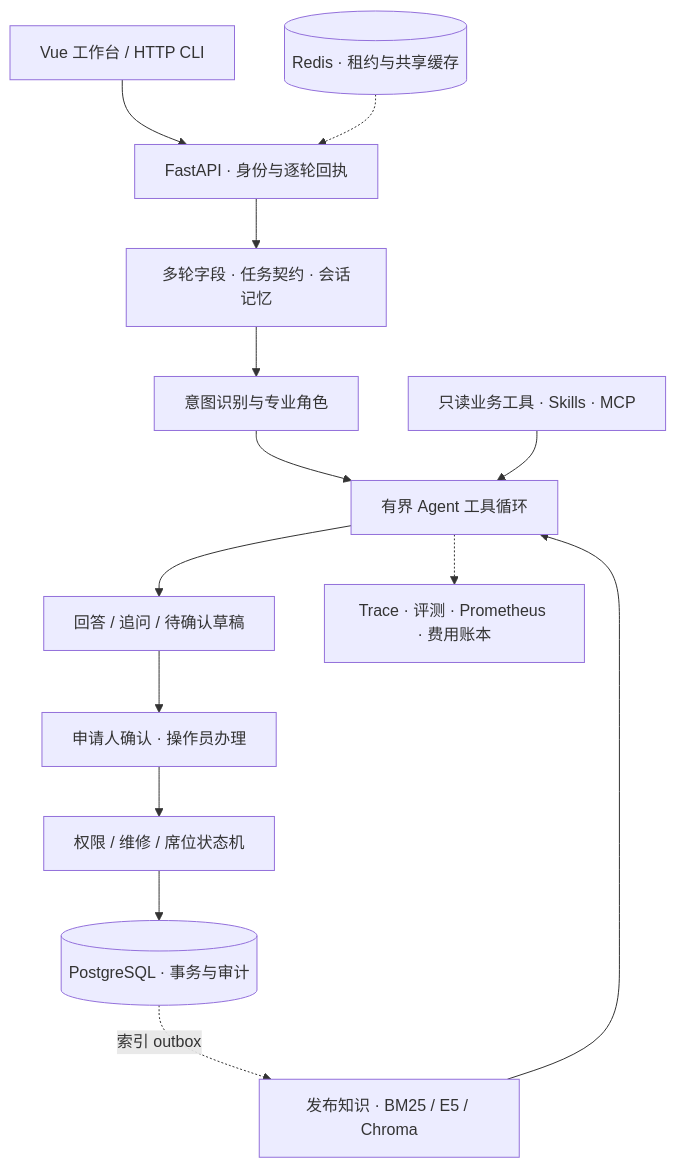
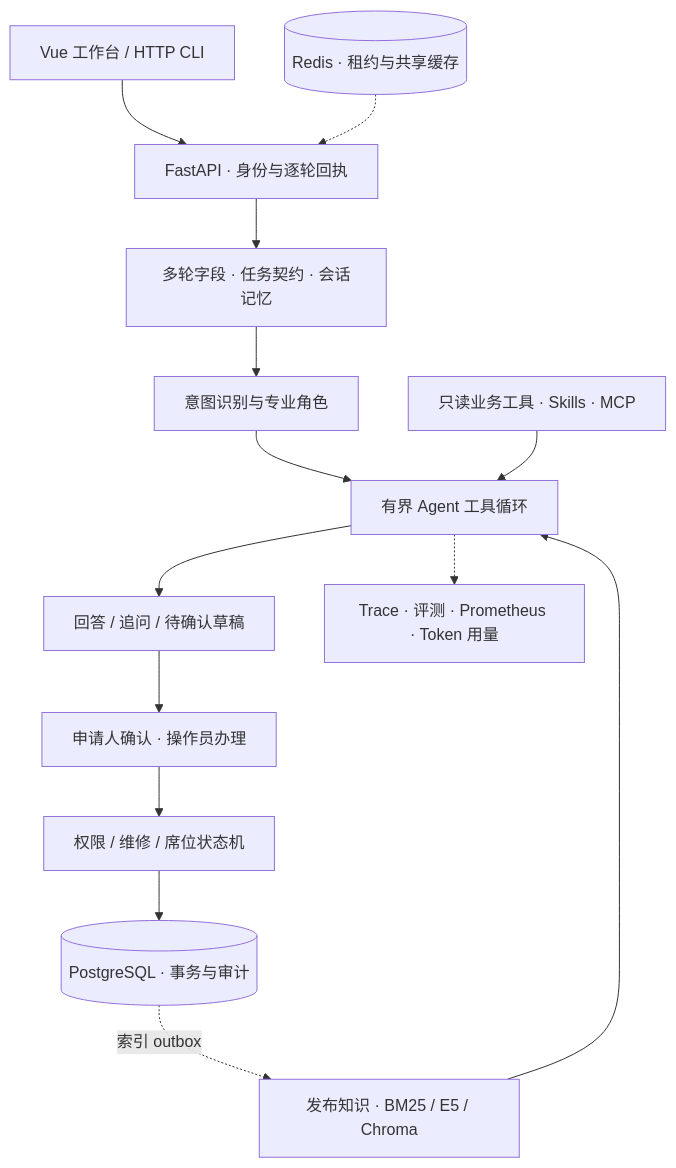
One commit to exIncognitor/ResolveDesk changed the diagram in README.md. Above: the diagram before and after it, drawn with Mermaid. The commit also changed other lines of this file and 22 other files, not shown here.

````diff
--- a/README.md
+++ b/README.md
@@ -61,16 +61,16 @@
 ```mermaid
 flowchart TD
     UI["Vue 工作台 / HTTP CLI"] --> API["FastAPI · 身份与逐轮回执"]
     API --> CONTEXT["多轮字段 · 任务契约 · 会话记忆"]
     CONTEXT --> ROUTE["意图识别与专业角色"]
     ROUTE --> LOOP["有界 Agent 工具循环"]
     KB["发布知识 · BM25 / E5 / Chroma"] --> LOOP
     TOOLS["只读业务工具 · Skills · MCP"] --> LOOP
     LOOP --> RESPONSE["回答 / 追问 / 待确认草稿"]
     RESPONSE --> HUMAN["申请人确认 · 操作员办理"]
     HUMAN --> BUSINESS["权限 / 维修 / 席位状态机"]
     BUSINESS --> PG[("PostgreSQL · 事务与审计")]
     REDIS[("Redis · 租约与共享缓存")] -.-> API
     PG -. "索引 outbox" .-> KB
-    LOOP -.-> OBS["Trace · 评测 · Prometheus · 费用账本"]
+    LOOP -.-> OBS["Trace · 评测 · Prometheus · Token 用量"]
 ```
````
